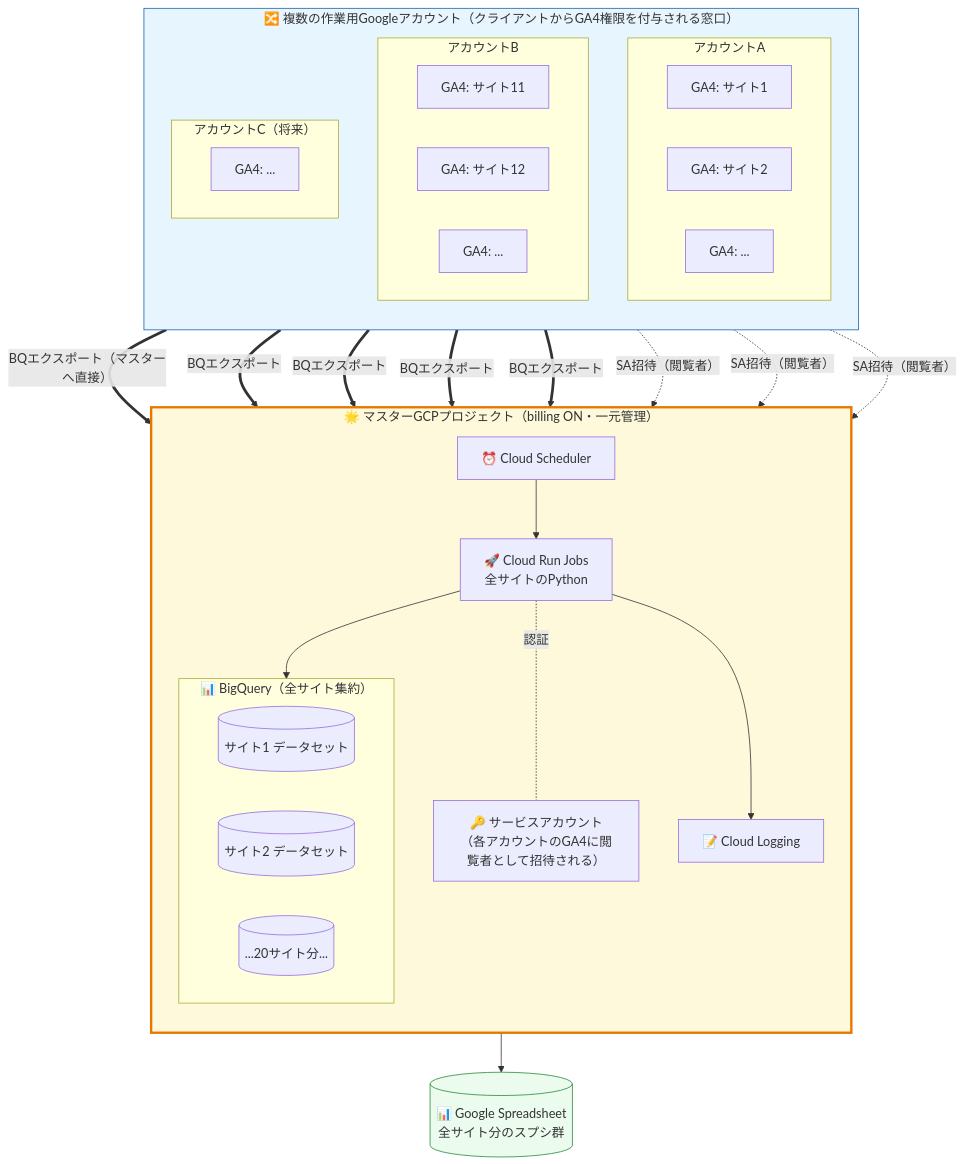
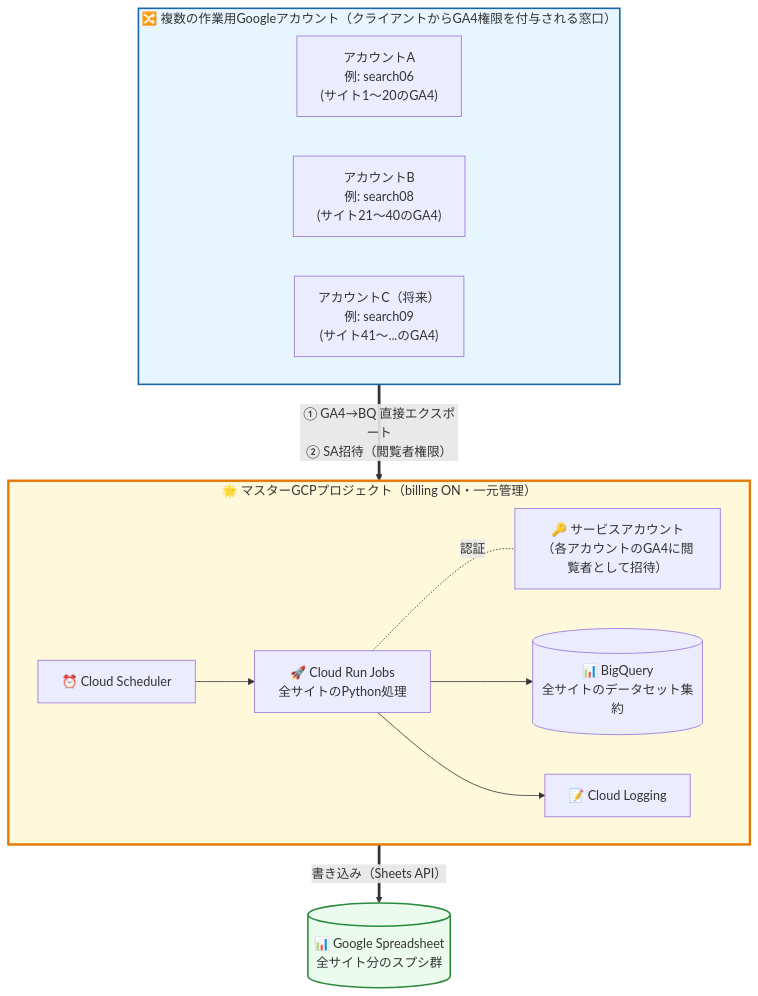
Before and after one commit to itakura-t-hue/claude: the sixth of 8 diagrams in tools/seo-dashboard/setup_guide_generic.md, drawn with Mermaid.

Commit message:
setup_guide_generic: D-2構成図を Accounts→Master→Sheet の3段縦積みに簡素化
個別のGA4/データセット×複数本の細かい矢印を廃止し、サブグラフ間の太い矢印1本に集約。
これで Mermaid の auto-layout が確実に縦積み（TB）を維持する。
- Accounts: アカウントA/B/C を LR 横並び1行で表示（例として search06/08/09 を明記）
- Master: Cloud Scheduler/Run/SA/BQ/Logging を LR 1行で簡潔に
- Sheet: 最下段

````diff
--- a/tools/seo-dashboard/setup_guide_generic.md
+++ b/tools/seo-dashboard/setup_guide_generic.md
@@ -1024,58 +1024,32 @@
 ```mermaid
 flowchart TB
     subgraph Accounts["🔀 複数の作業用Googleアカウント（クライアントからGA4権限を付与される窓口）"]
-        direction TB
-        subgraph AcctA["アカウントA"]
-            direction LR
-            GA4_A1[GA4: サイト1]
-            GA4_A2[GA4: サイト2]
-            GA4_A3[GA4: ...]
-        end
-        subgraph AcctB["アカウントB"]
-            direction LR
-            GA4_B1[GA4: サイト11]
-            GA4_B2[GA4: サイト12]
-            GA4_B3[GA4: ...]
-        end
-        subgraph AcctC["アカウントC（将来）"]
-            direction LR
-            GA4_C1[GA4: ...]
-        end
+        direction LR
+        AcctA["アカウントA<br/>例: search06<br/>(サイト1〜20のGA4)"]
+        AcctB["アカウントB<br/>例: search08<br/>(サイト21〜40のGA4)"]
+        AcctC["アカウントC（将来）<br/>例: search09<br/>(サイト41〜...のGA4)"]
     end
 
     subgraph Master["🌟 マスターGCPプロジェクト（billing ON・一元管理）"]
-        direction TB
+        direction LR
         MSCHED["⏰ Cloud Scheduler"]
-        MCR["🚀 Cloud Run Jobs<br/>全サイトのPython"]
-        MSA["🔑 サービスアカウント<br/>（各アカウントのGA4に閲覧者として招待される）"]
-        subgraph MBQ["📊 BigQuery（全サイト集約）"]
-            direction LR
-            DS1[(サイト1 データセット)]
-            DS2[(サイト2 データセット)]
-            DSN[(...20サイト分...)]
-        end
+        MCR["🚀 Cloud Run Jobs<br/>全サイトのPython処理"]
+        MSA["🔑 サービスアカウント<br/>（各アカウントのGA4に閲覧者として招待）"]
+        MBQ[("📊 BigQuery<br/>全サイトのデータセット集約")]
         MLOG["📝 Cloud Logging"]
+
+        MSCHED --> MCR
+        MCR -. "認証" .- MSA
+        MCR --> MBQ
+        MCR --> MLOG
     end
 
     SHEET[("📊 Google Spreadsheet<br/>全サイト分のスプシ群")]
 
-    GA4_A1 == "BQエクスポート（マスターへ直接）" ==> DS1
-    GA4_A2 == "BQエクスポート" ==> DS2
-    GA4_B1 == "BQエクスポート" ==> DSN
-    GA4_B2 == "BQエクスポート" ==> DSN
-    GA4_C1 == "BQエクスポート" ==> DSN
+    Accounts == "① GA4→BQ 直接エクスポート<br/>② SA招待（閲覧者権限）" ==> Master
+    Master == "書き込み（Sheets API）" ==> SHEET
 
-    AcctA -. "SA招待（閲覧者）" .-> MSA
-    AcctB -. "SA招待（閲覧者）" .-> MSA
-    AcctC -. "SA招待（閲覧者）" .-> MSA
-
-    MSCHED --> MCR
-    MCR -. "認証" .- MSA
-    MCR --> MBQ
-    MCR --> SHEET
-    MCR --> MLOG
-
+    style Accounts fill:#e7f5ff,stroke:#1864ab,stroke-width:2px
     style Master fill:#fff9db,stroke:#e67700,stroke-width:3px
-    style Accounts fill:#e7f5ff,stroke:#1864ab
-    style SHEET fill:#ebfbee,stroke:#2b8a3e
+    style SHEET fill:#ebfbee,stroke:#2b8a3e,stroke-width:2px
 ```
````
